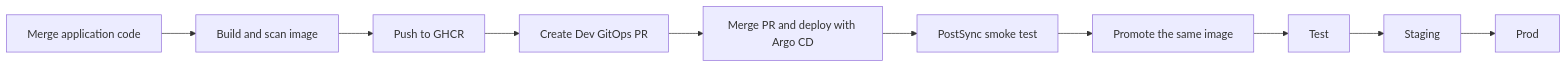
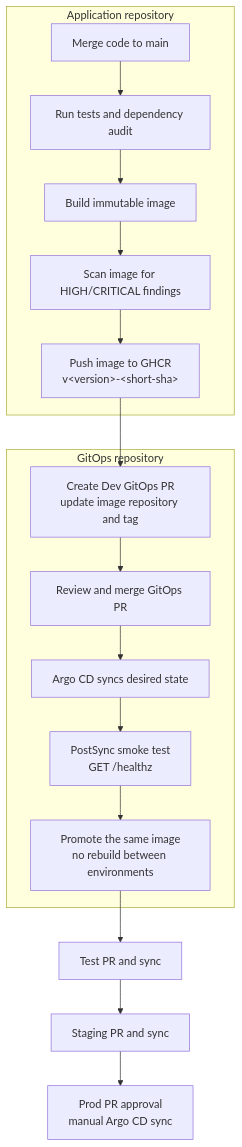
Before and after one commit to sven0219/devops-platform-blueprint: the second of 3 diagrams in README.md, drawn with Mermaid. The commit also changed 1 other file, not shown here.

Commit message:
Expand delivery loop diagram details

````diff
--- a/README.md
+++ b/README.md
@@ -109,12 +109,24 @@
 ```mermaid
-flowchart LR
-  Merge["Merge application code"] --> Build["Build and scan image"]
-  Build --> Push["Push to GHCR"]
-  Push --> DevPR["Create Dev GitOps PR"]
-  DevPR --> Argo["Merge PR and deploy with Argo CD"]
-  Argo --> Smoke["PostSync smoke test"]
-  Smoke --> Promote["Promote the same image"]
-  Promote --> Test["Test"]
-  Test --> Staging["Staging"]
-  Staging --> Prod["Prod"]
+flowchart TD
+  subgraph AppRepo["Application repository"]
+    Merge["Merge code to main"]
+    Validate["Run tests and dependency audit"]
+    Build["Build immutable image"]
+    Scan["Scan image for HIGH/CRITICAL findings"]
+    Push["Push image to GHCR<br/>v&lt;version&gt;-&lt;short-sha&gt;"]
+  end
+
+  subgraph GitOpsRepo["GitOps repository"]
+    DevPR["Create Dev GitOps PR<br/>update image repository and tag"]
+    Review["Review and merge GitOps PR"]
+    Argo["Argo CD syncs desired state"]
+    Smoke["PostSync smoke test<br/>GET /healthz"]
+    Promote["Promote the same image<br/>no rebuild between environments"]
+  end
+
+  Merge --> Validate --> Build --> Scan --> Push --> DevPR
+  DevPR --> Review --> Argo --> Smoke --> Promote
+  Promote --> Test["Test PR and sync"]
+  Test --> Staging["Staging PR and sync"]
+  Staging --> Prod["Prod PR approval<br/>manual Argo CD sync"]
 ```
````
